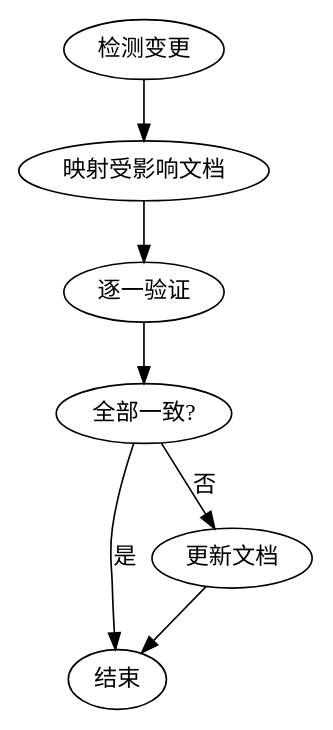
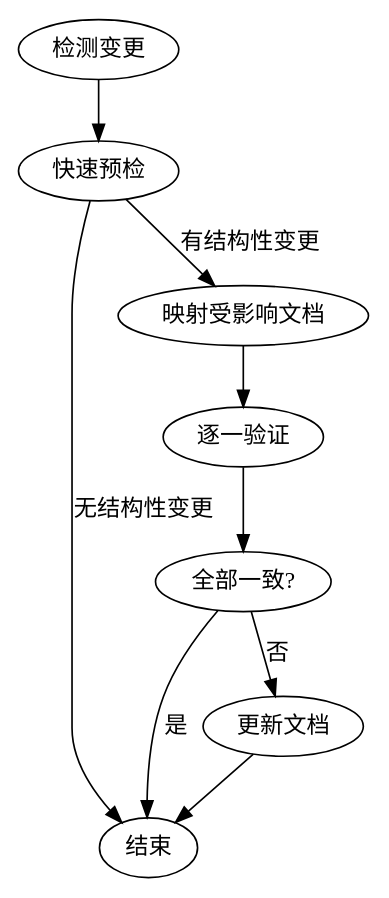
Before and after one commit to ModuBit/mobi: the diagram in .claude/skills/sync-docs/SKILL.md, drawn with Graphviz. The commit also changed other lines of this file and 56 other files, not shown here.

````diff
--- a/.claude/skills/sync-docs/SKILL.md
+++ b/.claude/skills/sync-docs/SKILL.md
@@ -19,8 +19,11 @@
 ```dot
 digraph sync_docs {
-    "检测变更" -> "映射受影响文档" -> "逐一验证" -> "全部一致?";
+    "检测变更" -> "快速预检";
+    "快速预检" -> "结束" [label="无结构性变更"];
+    "快速预检" -> "映射受影响文档" [label="有结构性变更"];
+    "映射受影响文档" -> "逐一验证" -> "全部一致?";
     "全部一致?" -> "结束" [label="是"];
     "全部一致?" -> "更新文档" [label="否"];
     "更新文档" -> "结束";
 }
 ```
````
